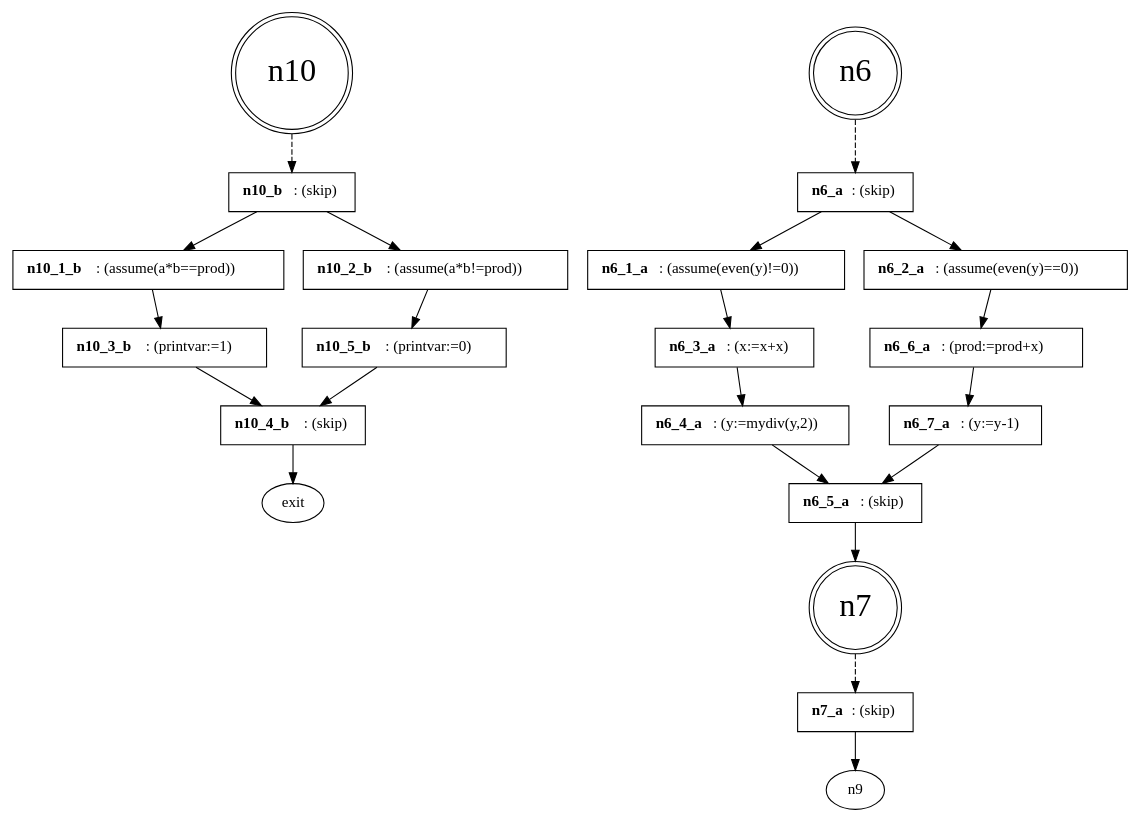
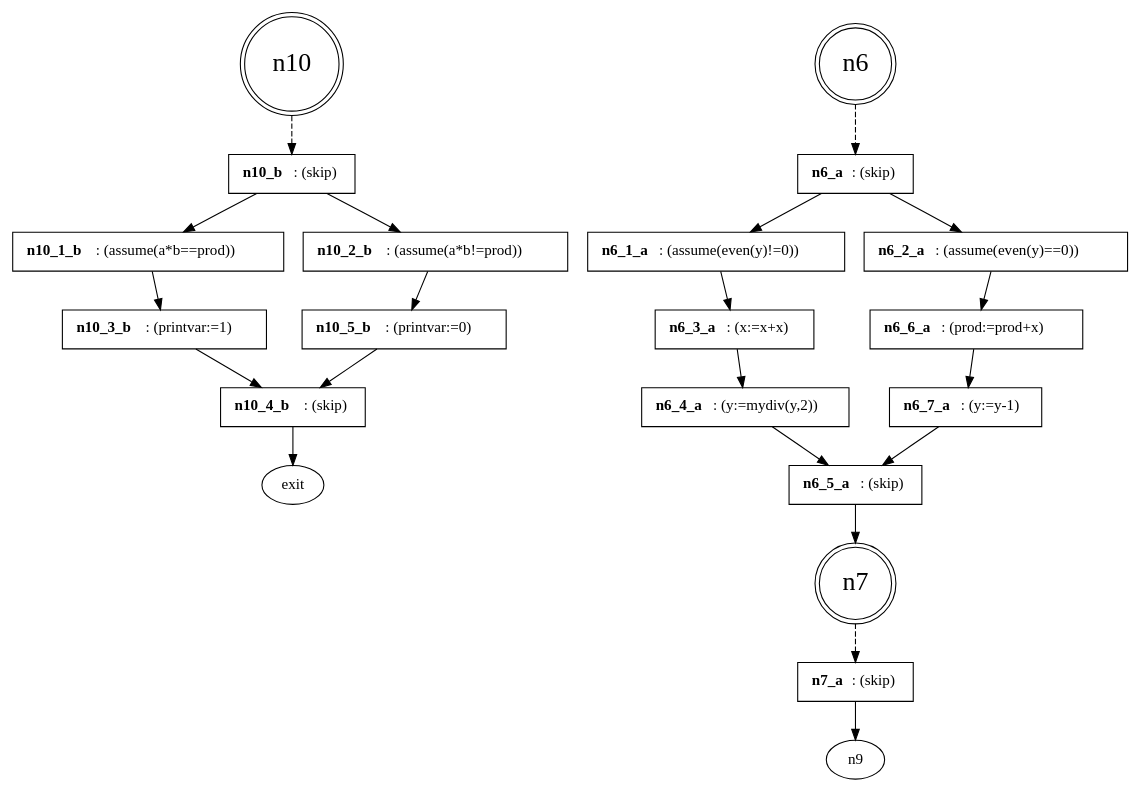
One commit to marcelosousa/safemerge changed the diagram in examples/reps/ex2/m.dot. Above: the diagram before and after it, drawn with Graphviz. The commit also changed 2 other files, not shown here.

```diff
--- a/examples/reps/ex2/m.dot
+++ b/examples/reps/ex2/m.dot
@@ -1,40 +1,40 @@
 digraph product {
-n10 [fontsize=30, shape=doublecircle]
+n10 [fontsize=24, shape=doublecircle]
 n10 -> n10_b[style="dashed"];
 n10_1_b [label=< <B>n10_1_b</B>: (assume(a*b==prod))>, shape=box]
 n10_1_b -> n10_3_b
 n10_2_b [label=< <B>n10_2_b</B>: (assume(a*b!=prod))>, shape=box]
 n10_2_b -> n10_5_b
 n10_3_b [label=< <B>n10_3_b</B>: (printvar:=1)>, shape=box]
 n10_3_b -> n10_4_b
 n10_4_b [label=< <B>n10_4_b</B>: (skip)>, shape=box]
 n10_4_b -> exit
 n10_5_b [label=< <B>n10_5_b</B>: (printvar:=0)>, shape=box]
 n10_5_b -> n10_4_b
 n10_b [label=< <B>n10_b</B>: (skip)>, shape=box]
 n10_b -> n10_1_b
 n10_b -> n10_2_b
-n6 [fontsize=30, shape=doublecircle]
+n6 [fontsize=24, shape=doublecircle]
 n6 -> n6_a[style="dashed"];
 n6_1_a [label=< <B>n6_1_a</B>: (assume(even(y)!=0))>, shape=box]
 n6_1_a -> n6_3_a
 n6_2_a [label=< <B>n6_2_a</B>: (assume(even(y)==0))>, shape=box]
 n6_2_a -> n6_6_a
 n6_3_a [label=< <B>n6_3_a</B>: (x:=x+x)>, shape=box]
 n6_3_a -> n6_4_a
 n6_4_a [label=< <B>n6_4_a</B>: (y:=mydiv(y,2))>, shape=box]
 n6_4_a -> n6_5_a
 n6_5_a [label=< <B>n6_5_a</B>: (skip)>, shape=box]
 n6_5_a -> n7
 n6_6_a [label=< <B>n6_6_a</B>: (prod:=prod+x)>, shape=box]
 n6_6_a -> n6_7_a
 n6_7_a [label=< <B>n6_7_a</B>: (y:=y-1)>, shape=box]
 n6_7_a -> n6_5_a
 n6_a [label=< <B>n6_a</B>: (skip)>, shape=box]
 n6_a -> n6_1_a
 n6_a -> n6_2_a
-n7 [fontsize=30, shape=doublecircle]
+n7 [fontsize=24, shape=doublecircle]
 n7 -> n7_a[style="dashed"];
 n7_a [label=< <B>n7_a</B>: (skip)>, shape=box]
 n7_a -> n9
 }
```
